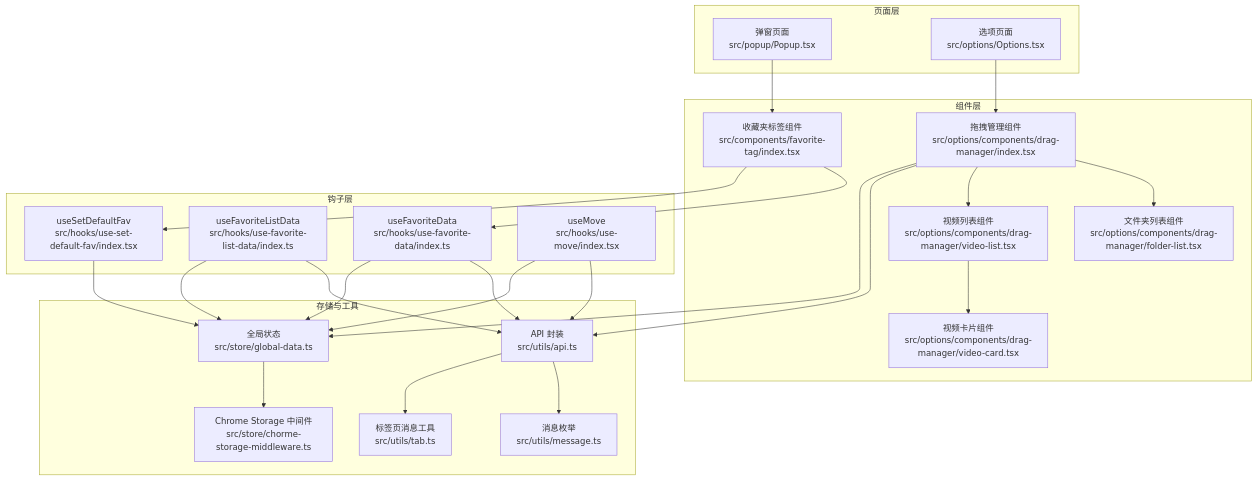
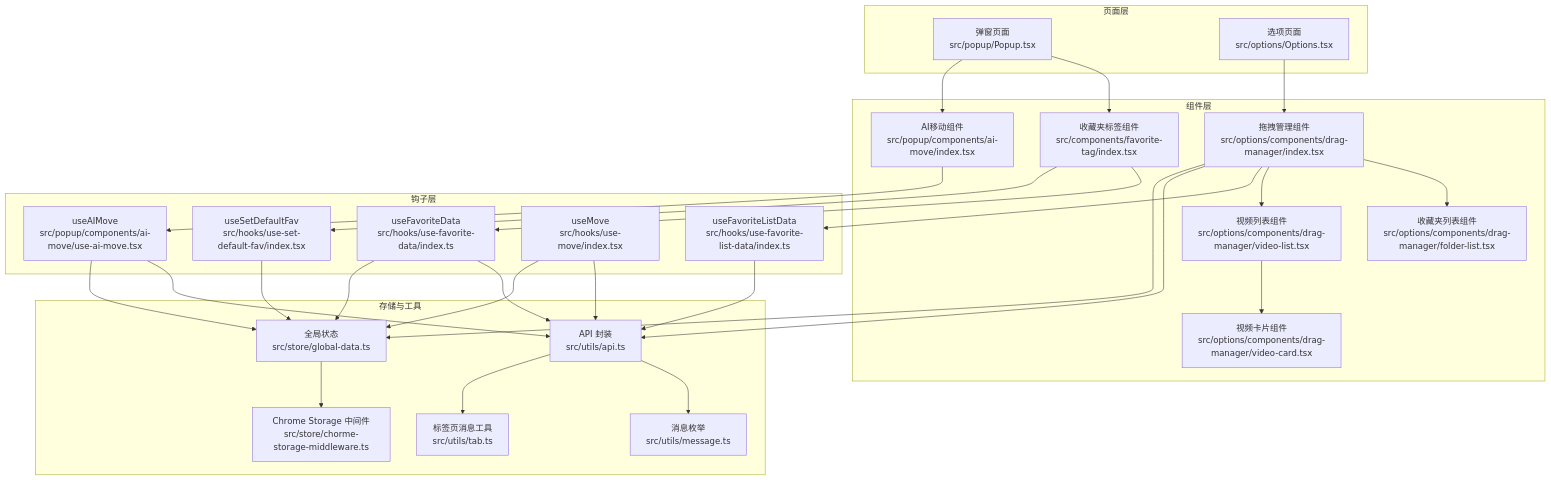
Before and after one commit to RadiumAg/bilibili-favorites: the first of 11 diagrams in .qoder/repowiki/zh/content/核心功能模块/收藏夹管理系统.md, drawn with Mermaid. The commit also changed other lines of this file and 27 other files, not shown here.

````diff
--- a/.qoder/repowiki/zh/content/核心功能模块/收藏夹管理系统.md
+++ b/.qoder/repowiki/zh/content/核心功能模块/收藏夹管理系统.md
@@ -59,46 +64,52 @@
 ```mermaid
 graph TB
 subgraph "页面层"
 Popup["弹窗页面<br/>src/popup/Popup.tsx"]
 Options["选项页面<br/>src/options/Options.tsx"]
 end
 subgraph "组件层"
 FavoriteTag["收藏夹标签组件<br/>src/components/favorite-tag/index.tsx"]
 DragManager["拖拽管理组件<br/>src/options/components/drag-manager/index.tsx"]
-FolderList["文件夹列表组件<br/>src/options/components/drag-manager/folder-list.tsx"]
+AIMove["AI移动组件<br/>src/popup/components/ai-move/index.tsx"]
+FolderList["收藏夹列表组件<br/>src/options/components/drag-manager/folder-list.tsx"]
 VideoList["视频列表组件<br/>src/options/components/drag-manager/video-list.tsx"]
 VideoCard["视频卡片组件<br/>src/options/components/drag-manager/video-card.tsx"]
 end
 subgraph "钩子层"
 HookFavoriteData["useFavoriteData<br/>src/hooks/use-favorite-data/index.ts"]
 HookFavoriteListData["useFavoriteListData<br/>src/hooks/use-favorite-list-data/index.ts"]
 HookSetDefaultFav["useSetDefaultFav<br/>src/hooks/use-set-default-fav/index.tsx"]
 HookMove["useMove<br/>src/hooks/use-move/index.tsx"]
+HookAIMove["useAIMove<br/>src/popup/components/ai-move/use-ai-move.tsx"]
 end
 subgraph "存储与工具"
 GlobalStore["全局状态<br/>src/store/global-data.ts"]
 StorageMW["Chrome Storage 中间件<br/>src/store/chorme-storage-middleware.ts"]
 Api["API 封装<br/>src/utils/api.ts"]
 Message["消息枚举<br/>src/utils/message.ts"]
 TabUtil["标签页消息工具<br/>src/utils/tab.ts"]
 end
 Popup --> FavoriteTag
+Popup --> AIMove
 Options --> DragManager
 FavoriteTag --> HookFavoriteData
 FavoriteTag --> HookSetDefaultFav
+AIMove --> HookAIMove
 HookMove --> Api
 HookFavoriteData --> Api
+HookFavoriteData --> GlobalStore
 HookFavoriteListData --> Api
-HookFavoriteData --> GlobalStore
-HookFavoriteListData --> GlobalStore
 HookSetDefaultFav --> GlobalStore
+HookAIMove --> Api
+HookAIMove --> GlobalStore
 HookMove --> GlobalStore
 DragManager --> FolderList
 DragManager --> VideoList
 VideoList --> VideoCard
+DragManager --> HookFavoriteListData
 DragManager --> Api
 DragManager --> GlobalStore
 GlobalStore --> StorageMW
 Api --> Message
 Api --> TabUtil
 ```
````
